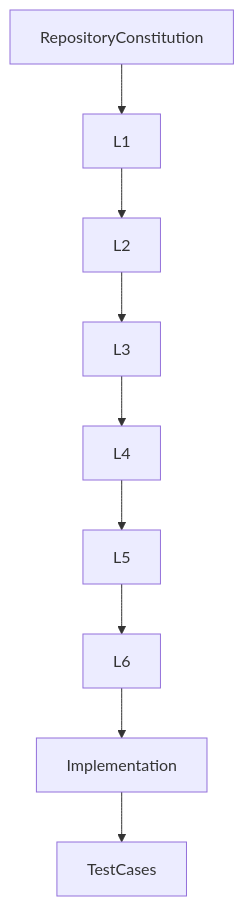
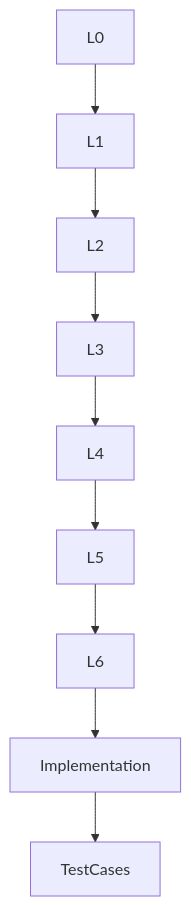
Before and after one commit to Varad1604/ERP_hark: the second of 2 diagrams in governance/constitution/Volume_4_Engineering_Governance.md, drawn with Mermaid. The commit also changed other lines of this file and 94 other files, not shown here.

````diff
--- a/governance/constitution/Volume_4_Engineering_Governance.md
+++ b/governance/constitution/Volume_4_Engineering_Governance.md
@@ -111,21 +108,4 @@
 ```mermaid
 flowchart TD
-
-RepositoryConstitution
-
--->L1
-
--->L2
-
--->L3
-
--->L4
-
--->L5
-
--->L6
-
--->Implementation
-
--->TestCases
+L0 --> L1 --> L2 --> L3 --> L4 --> L5 --> L6 --> Implementation --> TestCases
 ```
````
